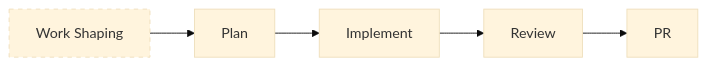
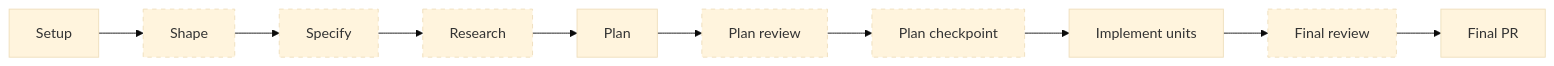
The diagram in docs/guide/two-workflows.md (lossyrob/phased-agent-workflow), drawn with Mermaid (base theme) before and after one commit. The commit also changed other lines of this file and 25 other files, not shown here.

````diff
--- a/docs/guide/two-workflows.md
+++ b/docs/guide/two-workflows.md
@@ -61,8 +12,18 @@
 ```mermaid
 graph LR
-    A[Work Shaping] --> B[Plan]
-    B --> C[Implement]
-    C --> D[Review]
-    D --> E[PR]
-    style A stroke-dasharray: 5 5
+    S[Setup] --> SH[Shape]
+    SH --> SP[Specify]
+    SP --> R[Research]
+    R --> P[Plan]
+    P --> PR[Plan review]
+    PR --> CP[Plan checkpoint]
+    CP --> I[Implement units]
+    I --> FR[Final review]
+    FR --> F[Final PR]
+    style SH stroke-dasharray: 5 5
+    style SP stroke-dasharray: 5 5
+    style R stroke-dasharray: 5 5
+    style PR stroke-dasharray: 5 5
+    style CP stroke-dasharray: 5 5
+    style FR stroke-dasharray: 5 5
 ```
````
